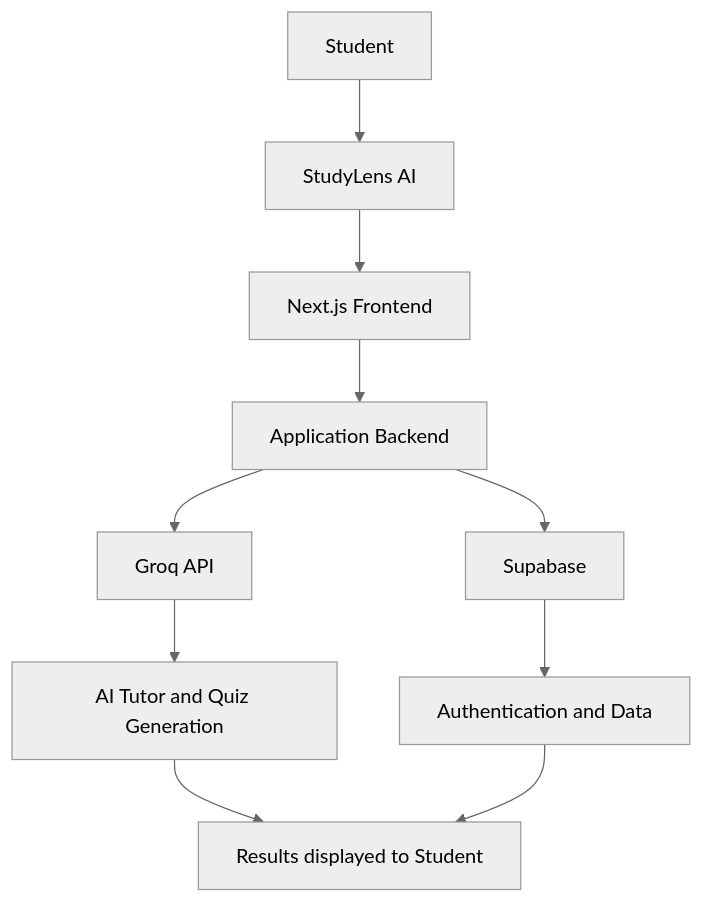
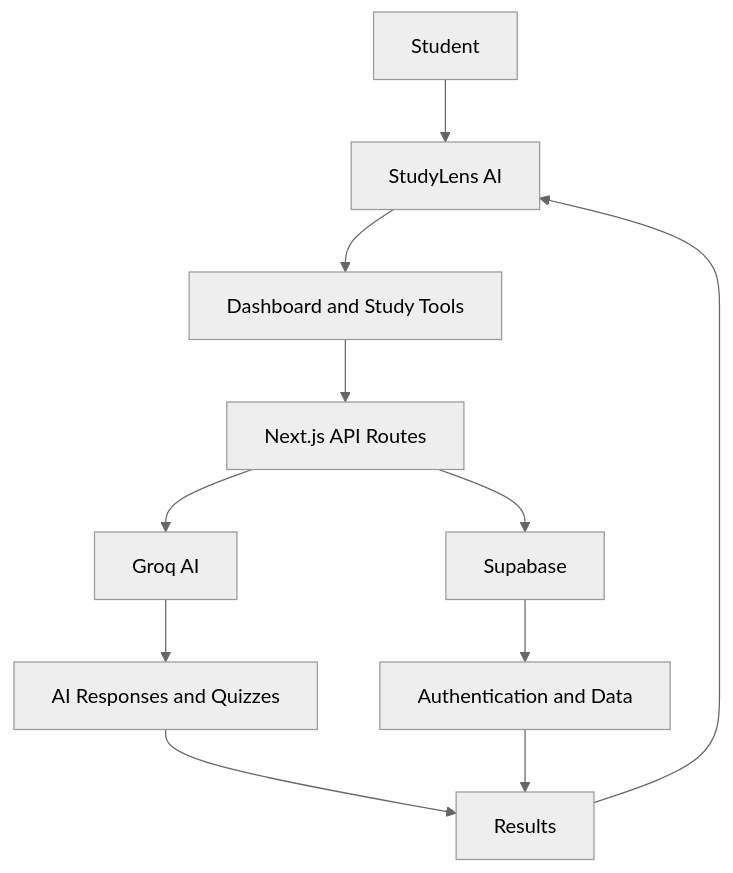
One commit to janani2006123-dotcom/studylens-ai changed the diagram in README.md. Above: the diagram before and after it, drawn with Mermaid (neutral theme). The commit also changed other lines of this file, not shown here.

````diff
--- a/README.md
+++ b/README.md
@@ -37,12 +31,13 @@
 ```mermaid
 flowchart TD
     A[Student] --> B[StudyLens AI]
-    B --> C[Next.js Frontend]
-    C --> D[Application Backend]
-    D --> E[Groq API]
+    B --> C[Dashboard and Study Tools]
+    C --> D[Next.js API Routes]
+    D --> E[Groq AI]
     D --> F[Supabase]
-    E --> G[AI Tutor and Quiz Generation]
+    E --> G[AI Responses and Quizzes]
     F --> H[Authentication and Data]
-    G --> I[Results displayed to Student]
+    G --> I[Results]
     H --> I
+    I --> B
 ```
````
